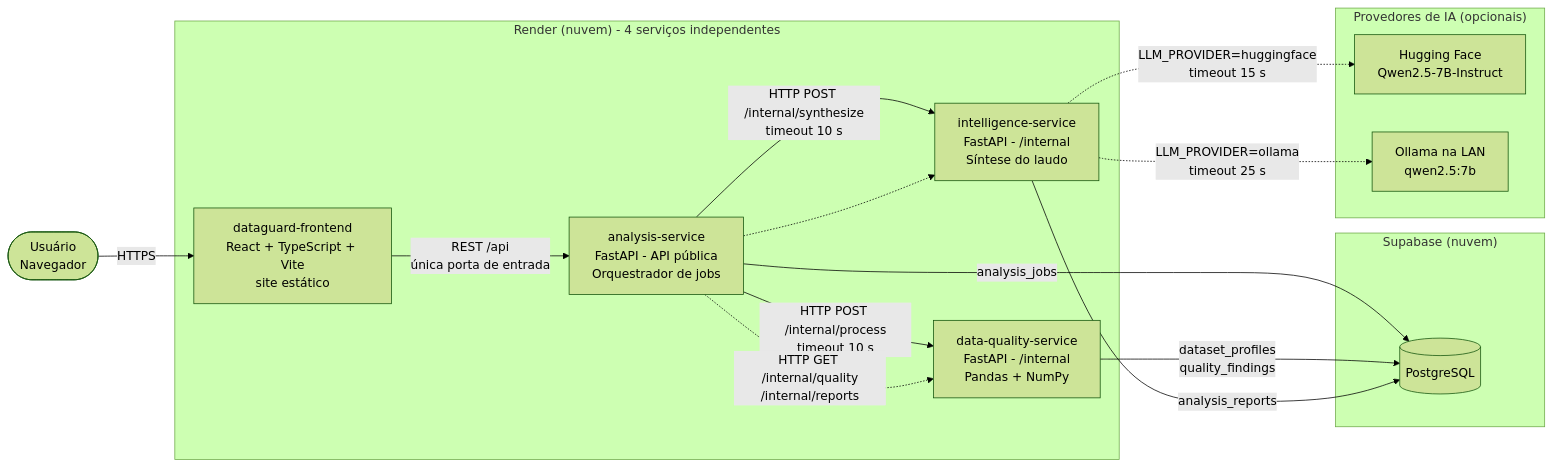
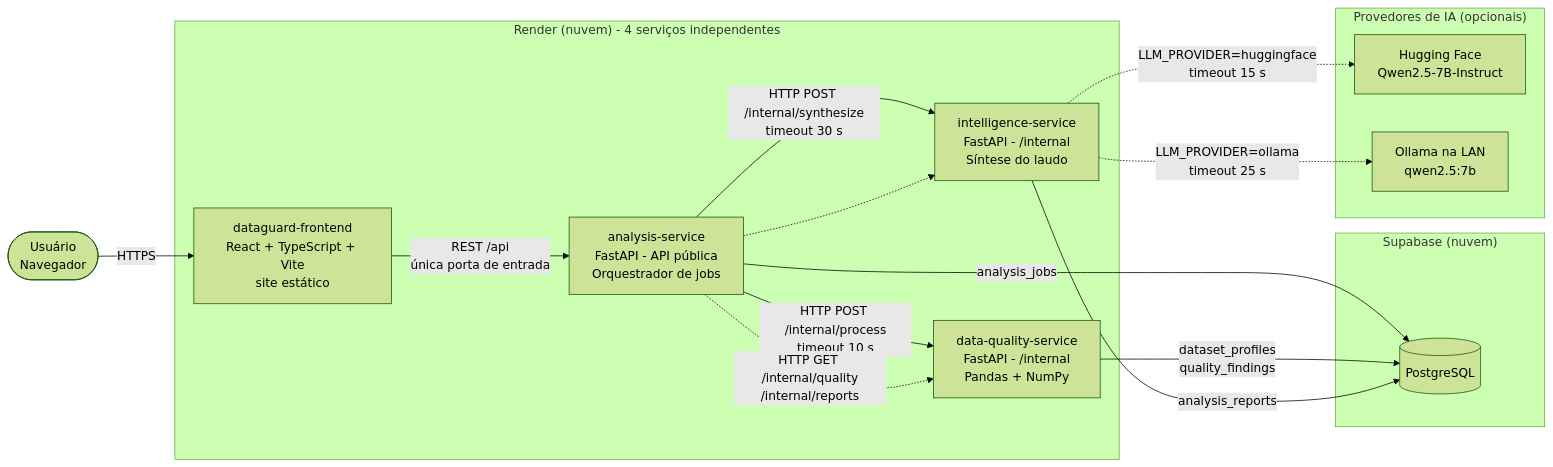
The first of 8 diagrams in docs/ARQUITETURA.md (lucasblima-dev/data-guard), drawn with Mermaid (forest theme) before and after one commit. The commit also changed other lines of this file and 15 other files, not shown here.

````diff
--- a/docs/ARQUITETURA.md
+++ b/docs/ARQUITETURA.md
@@ -30,34 +30,34 @@
 ```mermaid
 flowchart LR
     U(["Usuário<br/>Navegador"])
 
     subgraph RENDER["Render (nuvem) - 4 serviços independentes"]
         FE["dataguard-frontend<br/>React + TypeScript + Vite<br/>site estático"]
         AS["analysis-service<br/>FastAPI - API pública<br/>Orquestrador de jobs"]
         DQ["data-quality-service<br/>FastAPI - /internal<br/>Pandas + NumPy"]
         IS["intelligence-service<br/>FastAPI - /internal<br/>Síntese do laudo"]
     end
 
     subgraph SUPA["Supabase (nuvem)"]
         PG[("PostgreSQL")]
     end
 
     subgraph LLM["Provedores de IA (opcionais)"]
         HF["Hugging Face<br/>Qwen2.5-7B-Instruct"]
         OL["Ollama na LAN<br/>qwen2.5:7b"]
     end
 
     U -->|"HTTPS"| FE
     FE -->|"REST /api<br/>única porta de entrada"| AS
     AS -->|"HTTP POST /internal/process<br/>timeout 10 s"| DQ
-    AS -->|"HTTP POST /internal/synthesize<br/>timeout 10 s"| IS
+    AS -->|"HTTP POST /internal/synthesize<br/>timeout 30 s"| IS
     AS -.->|"HTTP GET /internal/quality<br/>/internal/reports"| DQ
     AS -.-> IS
 
     AS -->|"analysis_jobs"| PG
     DQ -->|"dataset_profiles<br/>quality_findings"| PG
     IS -->|"analysis_reports"| PG
 
     IS -.->|"LLM_PROVIDER=huggingface<br/>timeout 15 s"| HF
     IS -.->|"LLM_PROVIDER=ollama<br/>timeout 25 s"| OL
 ```
````
